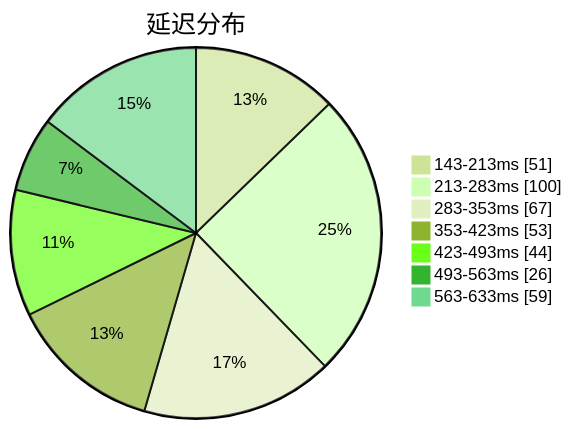
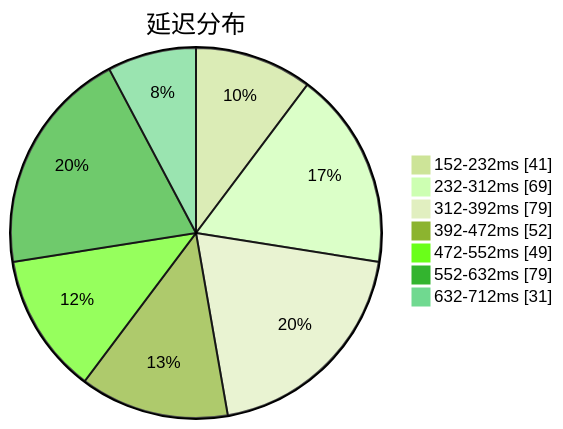
The first of 3 diagrams in subs/statistics/tested_within.md (qjlxg/airport), drawn with Mermaid (forest theme) before and after one commit. The commit also changed other lines of this file and 2 other files, not shown here.

Commit message:
Tested by metaST

````diff
--- a/subs/statistics/tested_within.md
+++ b/subs/statistics/tested_within.md
@@ -2,11 +2,11 @@
 ```mermaid
 pie showData
 title 延迟分布
-"143-213ms" : 51
-"213-283ms" : 100
-"283-353ms" : 67
-"353-423ms" : 53
-"423-493ms" : 44
-"493-563ms" : 26
-"563-633ms" : 59
+"152-232ms" : 41
+"232-312ms" : 69
+"312-392ms" : 79
+"392-472ms" : 52
+"472-552ms" : 49
+"552-632ms" : 79
+"632-712ms" : 31
 ```
````
